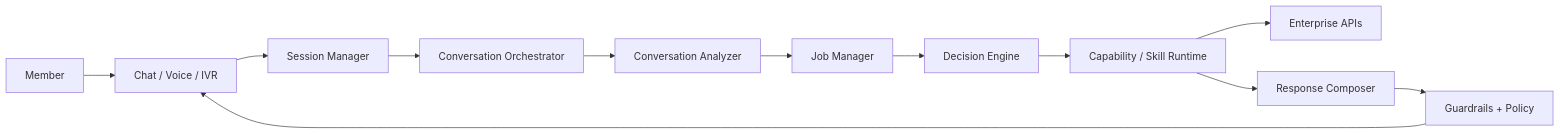
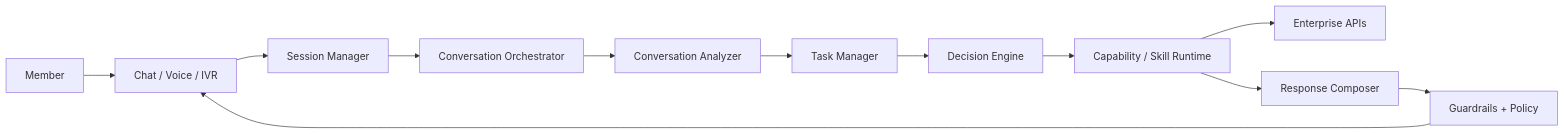
One commit to bhochhi/nexus changed the second of 9 diagrams in docs/Architecture3.md. Above: the diagram before and after it, drawn with Mermaid. The commit also changed other lines of this file and 38 other files, not shown here.

First line of the commit message:
feat: standardize skill architecture and conversational routing

````diff
--- a/docs/Architecture3.md
+++ b/docs/Architecture3.md
@@ -94,14 +95,14 @@
 ```mermaid
 flowchart LR
     M[Member] --> CH[Chat / Voice / IVR]
     CH --> SM[Session Manager]
     SM --> O[Conversation Orchestrator]
     O --> CA[Conversation Analyzer]
-    CA --> JM[Job Manager]
-    JM --> DE[Decision Engine]
+    CA --> TM[Task Manager]
+    TM --> DE[Decision Engine]
     DE --> CAP[Capability / Skill Runtime]
     CAP --> API[Enterprise APIs]
     CAP --> RC[Response Composer]
     RC --> G[Guardrails + Policy]
     G --> CH
 ```
````
